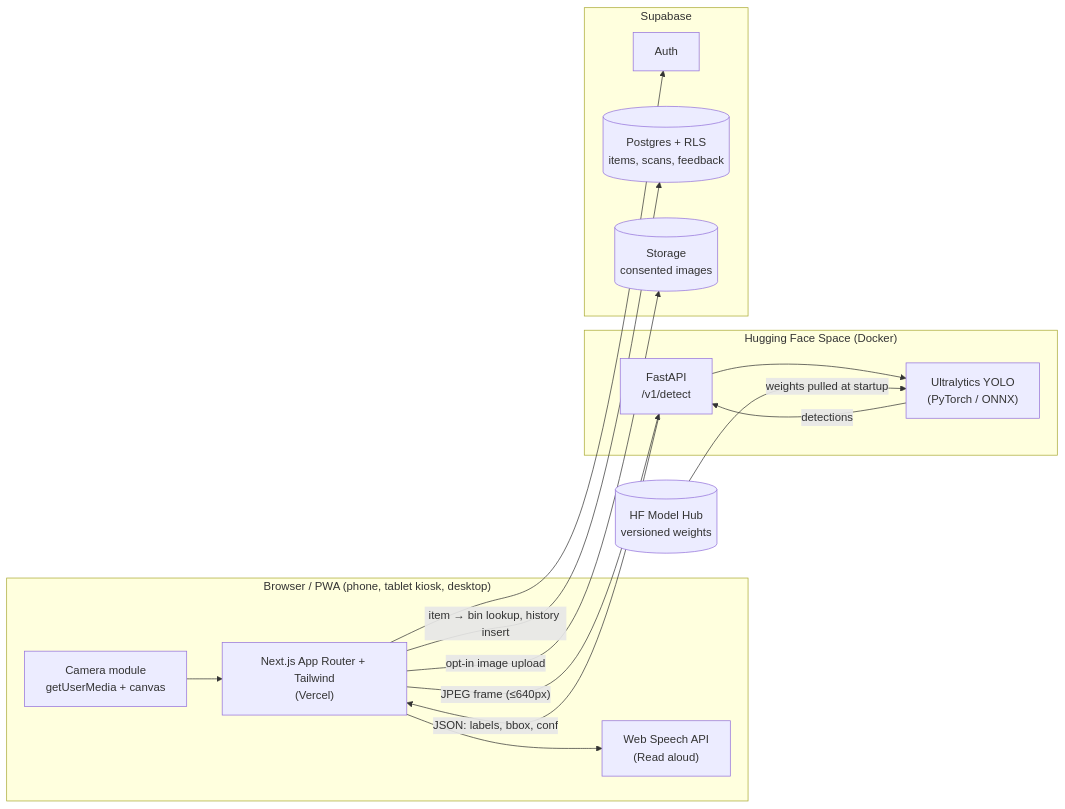
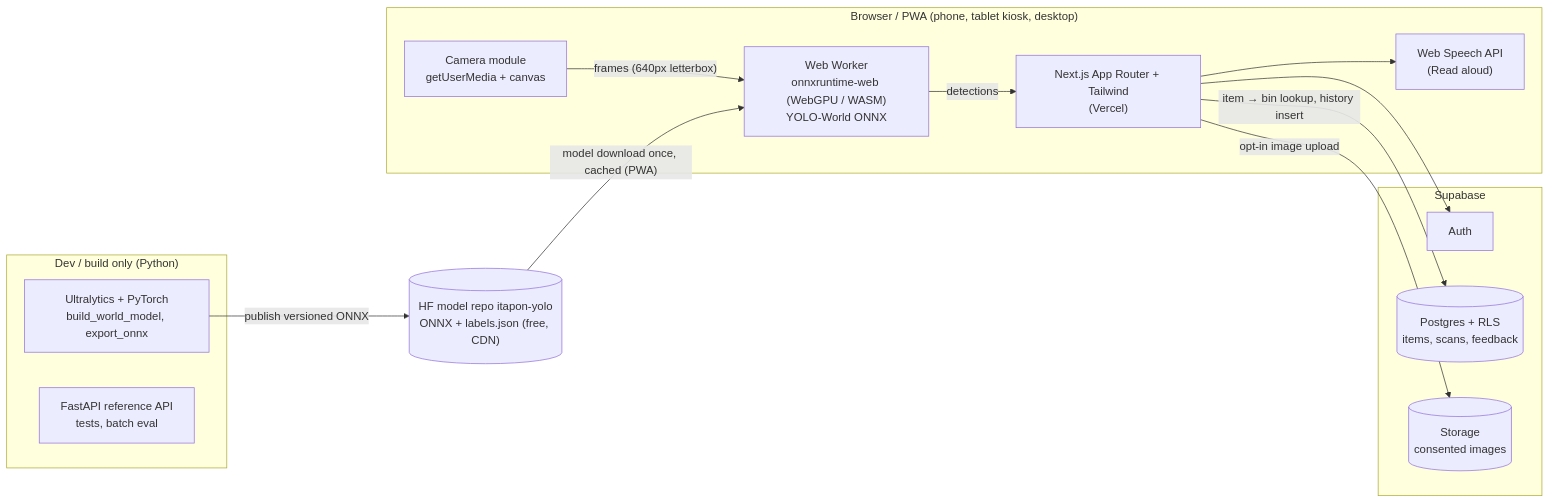
The diagram in ROADMAP.md (alchemistUser/itapon), drawn with Mermaid before and after one commit. The commit also changed other lines of this file and 6 other files, not shown here.

First line of the commit message:
feat(ml): ONNX export for in-browser inference; roadmap D12

````diff
--- a/ROADMAP.md
+++ b/ROADMAP.md
@@ -85,32 +86,31 @@
 ```mermaid
 flowchart LR
   subgraph Client["Browser / PWA (phone, tablet kiosk, desktop)"]
     UI["Next.js App Router + Tailwind<br/>(Vercel)"]
     CAM["Camera module<br/>getUserMedia + canvas"]
+    WORKER["Web Worker<br/>onnxruntime-web (WebGPU / WASM)<br/>YOLO-World ONNX"]
     TTS["Web Speech API<br/>(Read aloud)"]
-  end
-
-  subgraph HF["Hugging Face Space (Docker)"]
-    API["FastAPI<br/>/v1/detect"]
-    MODEL["Ultralytics YOLO<br/>(PyTorch / ONNX)"]
   end
 
   subgraph SB["Supabase"]
     AUTH["Auth"]
     DB[("Postgres + RLS<br/>items, scans, feedback")]
     ST[("Storage<br/>consented images")]
   end
 
-  HUB[("HF Model Hub<br/>versioned weights")]
+  HUB[("HF model repo itapon-yolo<br/>ONNX + labels.json (free, CDN)")]
 
-  CAM --> UI
-  UI -- "JPEG frame (≤640px)" --> API
-  API --> MODEL
-  MODEL -- "detections" --> API
-  API -- "JSON: labels, bbox, conf" --> UI
+  subgraph DEV["Dev / build only (Python)"]
+    PY["Ultralytics + PyTorch<br/>build_world_model, export_onnx"]
+    API["FastAPI reference API<br/>tests, batch eval"]
+  end
+
+  CAM -- "frames (640px letterbox)" --> WORKER
+  WORKER -- "detections" --> UI
+  HUB -- "model download once, cached (PWA)" --> WORKER
   UI -- "item → bin lookup, history insert" --> DB
   UI --> AUTH
   UI -- "opt-in image upload" --> ST
-  HUB -- "weights pulled at startup" --> MODEL
   UI --> TTS
+  PY -- "publish versioned ONNX" --> HUB
 ```
````
